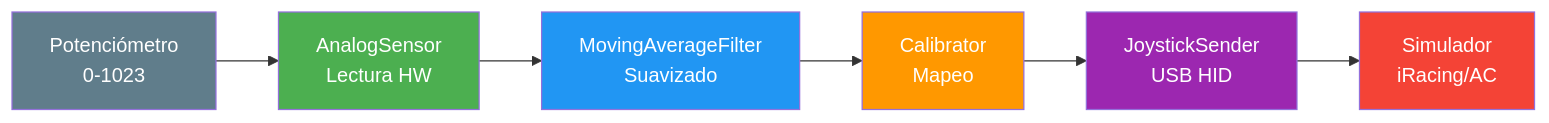
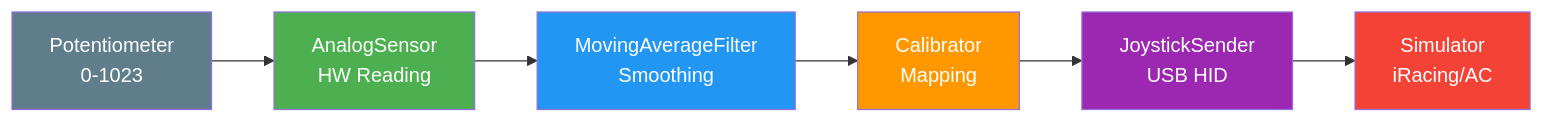
Before and after one commit to adrianmarino/sim-handbreak: the third of 4 diagrams in README.md, drawn with Mermaid. The commit also changed other lines of this file and 8 other files, not shown here.

````diff
--- a/README.md
+++ b/README.md
@@ -288,15 +288,15 @@
 ```mermaid
 graph LR
-    P["Potenciómetro<br/>0-1023"] --> S["AnalogSensor<br/>Lectura HW"]
-    S --> F["MovingAverageFilter<br/>Suavizado"]
-    F --> C["Calibrator<br/>Mapeo"]
+    P["Potentiometer<br/>0-1023"] --> S["AnalogSensor<br/>HW Reading"]
+    S --> F["MovingAverageFilter<br/>Smoothing"]
+    F --> C["Calibrator<br/>Mapping"]
     C --> J["JoystickSender<br/>USB HID"]
-    J --> U["Simulador<br/>iRacing/AC"]
+    J --> U["Simulator<br/>iRacing/AC"]
     
     style P fill:#607d8b,color:#fff
     style S fill:#4caf50,color:#fff
     style F fill:#2196f3,color:#fff
     style C fill:#ff9800,color:#fff
     style J fill:#9c27b0,color:#fff
     style U fill:#f44336,color:#fff
 ```
````
